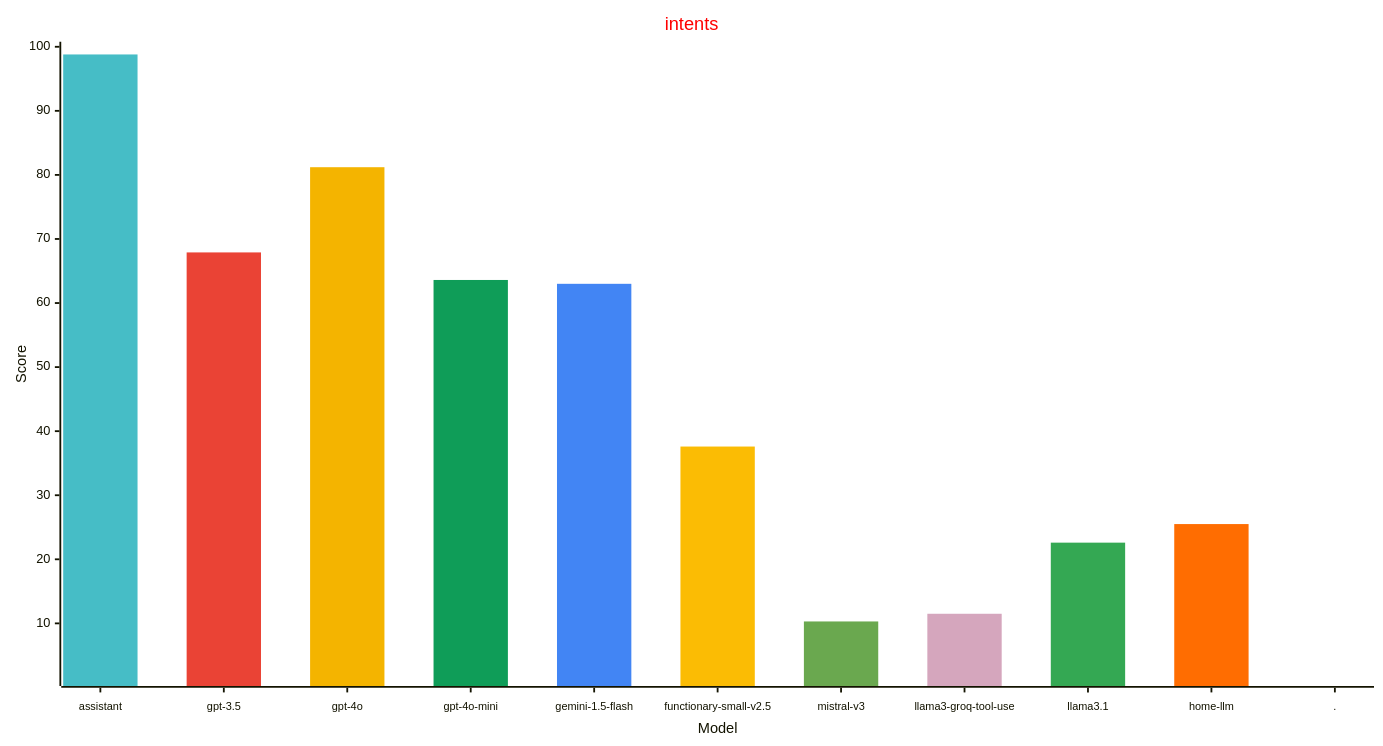
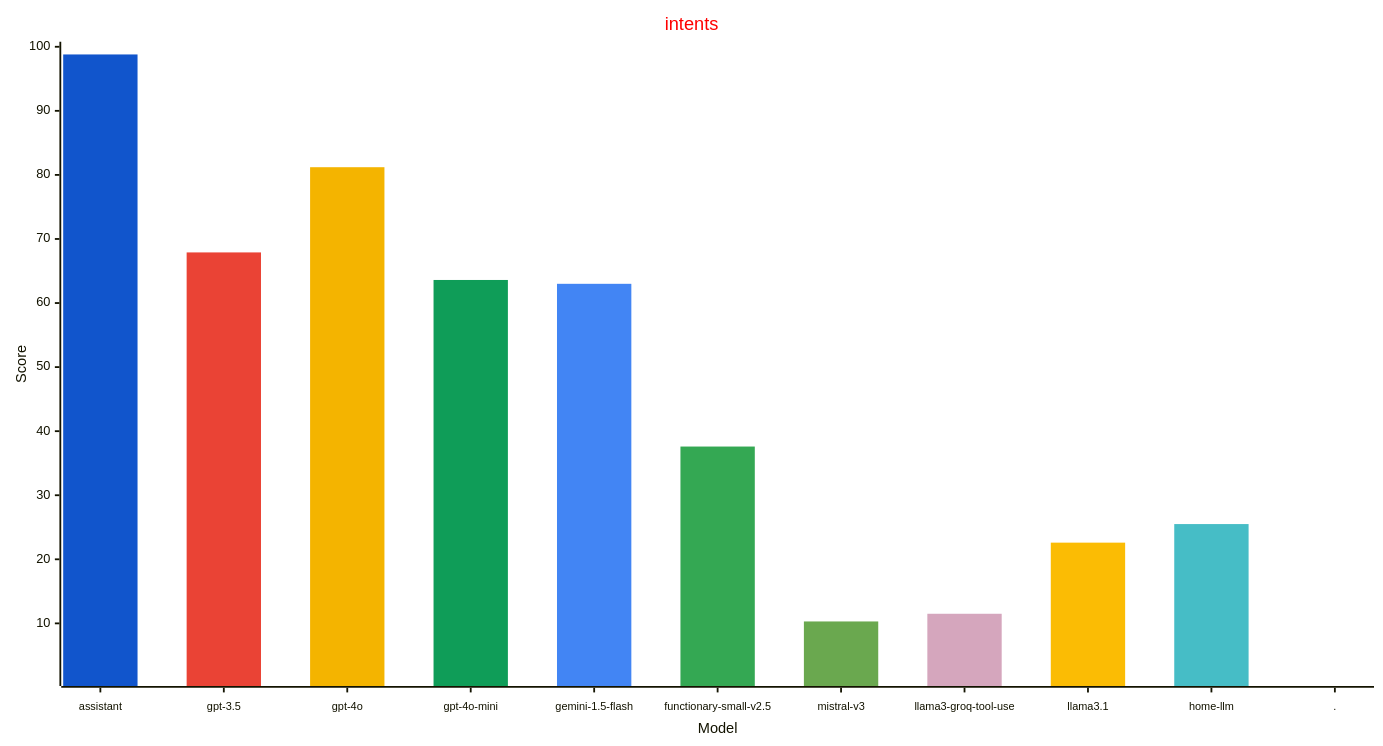
Before and after one commit to allenporter/home-assistant-datasets: the third of 3 diagrams in reports/README.md, drawn with Mermaid. The commit also changed other lines of this file and 83 other files, not shown here.

````diff
--- a/reports/README.md
+++ b/reports/README.md
@@ -130,31 +130,31 @@
 ```mermaid
 ---
 config:
     xyChart:
         width: 1500
         height: 800
         xAxis:
           labelFontSize: 12
           labelPadding: 8
     themeVariables:
         xyChart:
             titleColor: "#ff0000"
-            plotColorPalette: "#46bdc6, #ea4335, #f4b400, #0f9d58, #4285f4, #fbbc04, #6aa84f, #d5a6bd, #34a853, #ff6d01, #4285f4"
+            plotColorPalette: "#1155cc, #ea4335, #f4b400, #0f9d58, #4285f4, #34a853, #6aa84f, #d5a6bd, #fbbc04, #46bdc6, #4285f4"
 
 ---
 xychart-beta
   title "intents"
   x-axis "Model" [assistant, gpt-3.5, gpt-4o, gpt-4o-mini, gemini-1.5-flash, functionary-small-v2.5, mistral-v3, llama3-groq-tool-use, llama3.1, home-llm, .]
   y-axis "Score" 1 --> 100
   bar [98.8, 0.0, 0.0, 0.0, 0.0, 0.0, 0.0, 0.0, 0.0, 0.0, 0.0]
   bar [0.0, 67.9, 0.0, 0.0, 0.0, 0.0, 0.0, 0.0, 0.0, 0.0, 0.0]
   bar [0.0, 0.0, 81.2, 0.0, 0.0, 0.0, 0.0, 0.0, 0.0, 0.0, 0.0]
   bar [0.0, 0.0, 0.0, 63.6, 0.0, 0.0, 0.0, 0.0, 0.0, 0.0, 0.0]
   bar [0.0, 0.0, 0.0, 0.0, 63.0, 0.0, 0.0, 0.0, 0.0, 0.0, 0.0]
   bar [0.0, 0.0, 0.0, 0.0, 0.0, 37.6, 0.0, 0.0, 0.0, 0.0, 0.0]
   bar [0.0, 0.0, 0.0, 0.0, 0.0, 0.0, 10.3, 0.0, 0.0, 0.0, 0.0]
   bar [0.0, 0.0, 0.0, 0.0, 0.0, 0.0, 0.0, 11.5, 0.0, 0.0, 0.0]
   bar [0.0, 0.0, 0.0, 0.0, 0.0, 0.0, 0.0, 0.0, 22.6, 0.0, 0.0]
   bar [0.0, 0.0, 0.0, 0.0, 0.0, 0.0, 0.0, 0.0, 0.0, 25.5, 0.0]
   bar [0.0, 0.0, 0.0, 0.0, 0.0, 0.0, 0.0, 0.0, 0.0, 0.0, -1.0]
 ```
````
